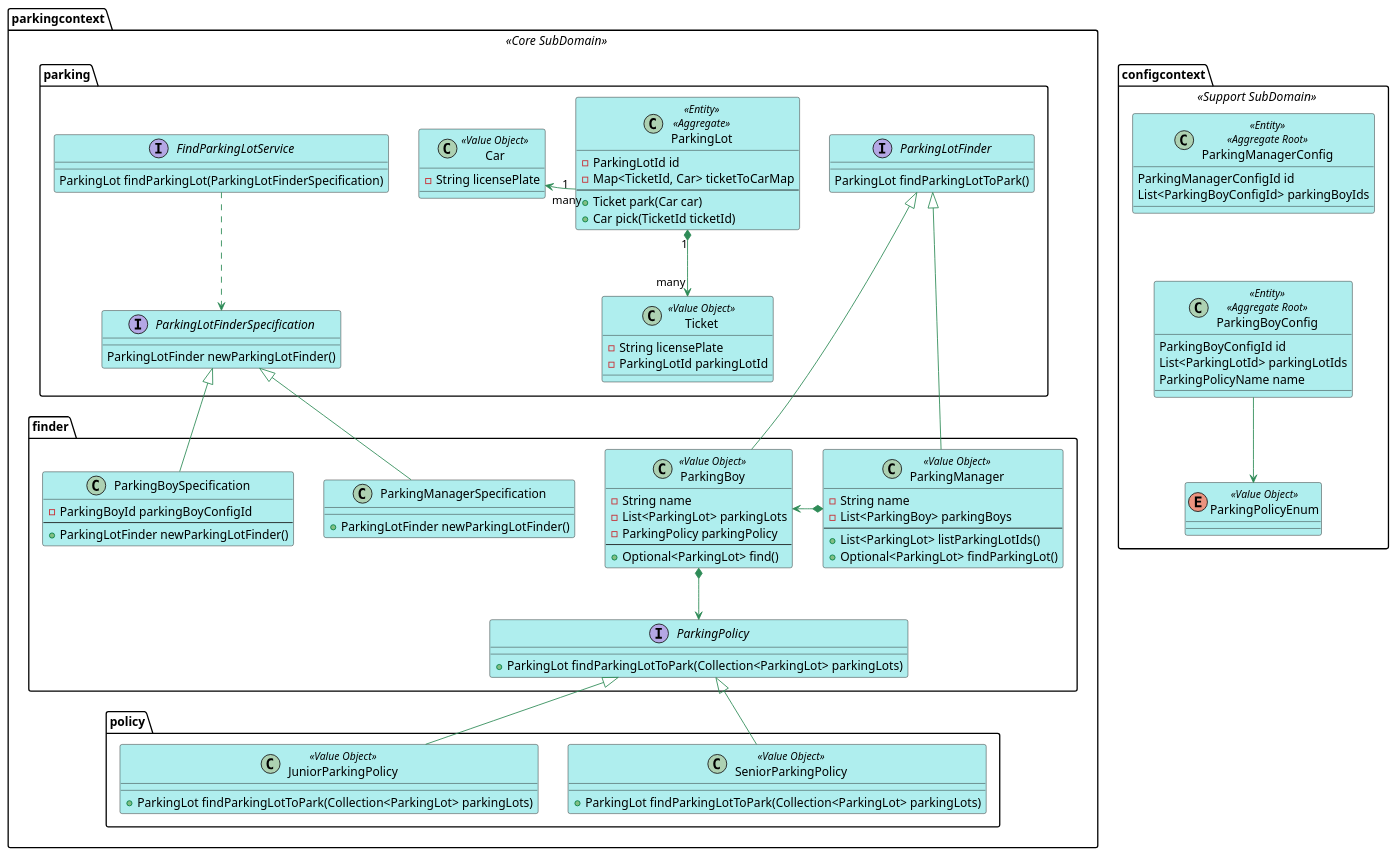
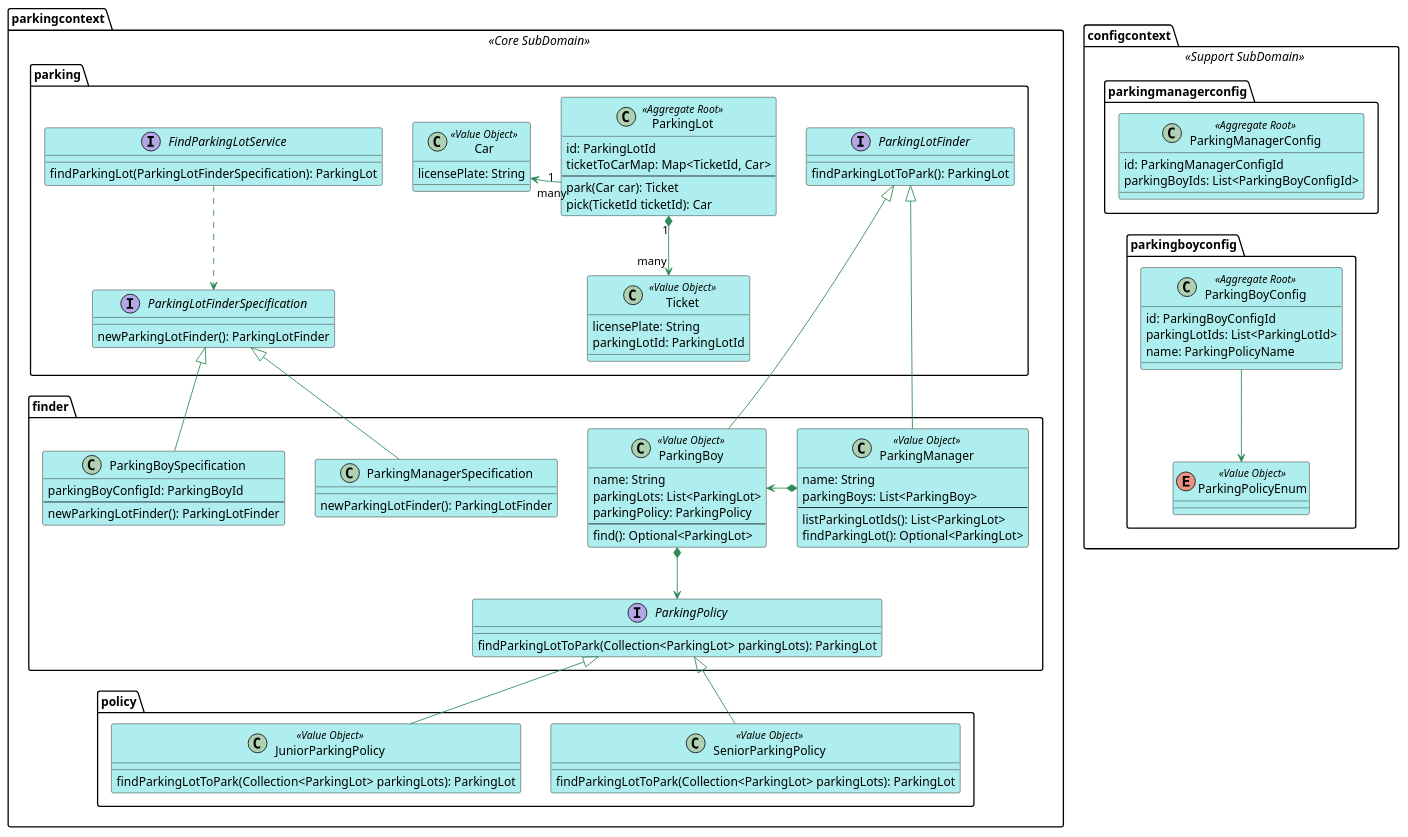
Before and after one commit to gitqh/parking-lot-ddd-workshop: the diagram in graph/domain_model.puml, drawn with PlantUML. The commit also changed 8 other files, not shown here.

```diff
--- a/graph/domain_model.puml
+++ b/graph/domain_model.puml
@@ -1,100 +1,105 @@
 @startuml parkinglot
 skinparam Shadowing false
 skinparam class {
     BackgroundColor PaleTurquoise 
     ArrowColor SeaGreen
 }
 
 package parkingcontext <<Core SubDomain>> {
     package parking {
         interface FindParkingLotService {
-            ParkingLot findParkingLot(ParkingLotFinderSpecification)
+            findParkingLot(ParkingLotFinderSpecification): ParkingLot 
         }
         interface ParkingLotFinderSpecification {
-            ParkingLotFinder newParkingLotFinder()
+            newParkingLotFinder(): ParkingLotFinder 
         }
         interface ParkingLotFinder {
-            ParkingLot findParkingLotToPark()
+            findParkingLotToPark(): ParkingLot 
         }
-        class ParkingLot <<Entity>> <<Aggregate>> {
-            -ParkingLotId id
-            -Map<TicketId, Car> ticketToCarMap
+        class ParkingLot <<Aggregate Root>> {
+            id: ParkingLotId 
+            ticketToCarMap: Map<TicketId, Car> 
             --
-            +Ticket park(Car car)
-            +Car pick(TicketId ticketId)
+            park(Car car): Ticket 
+            pick(TicketId ticketId): Car 
         }
         class Ticket <<Value Object>> {
-            -String licensePlate
-            -ParkingLotId parkingLotId
+            licensePlate: String 
+            parkingLotId: ParkingLotId 
         }
         class Car <<Value Object>> {
-            -String licensePlate
+            licensePlate: String 
         }
         FindParkingLotService .down.> ParkingLotFinderSpecification
         ParkingLot "1" *-down-> "many" Ticket
         ParkingLot "1" -right-> "many" Car
         ParkingLot --left[hidden] Car
     }
 
     package finder {
         class ParkingManagerSpecification {
-            +ParkingLotFinder newParkingLotFinder()
+            newParkingLotFinder(): ParkingLotFinder 
         }
         class ParkingBoySpecification {
-            -ParkingBoyId parkingBoyConfigId
+            parkingBoyConfigId: ParkingBoyId 
             --
-            +ParkingLotFinder newParkingLotFinder()
+            newParkingLotFinder(): ParkingLotFinder 
         }
         class ParkingBoy <<Value Object>> {
-            -String name
-            -List<ParkingLot> parkingLots
-            -ParkingPolicy parkingPolicy
+            name: String 
+            parkingLots: List<ParkingLot> 
+            parkingPolicy: ParkingPolicy 
             --
-            +Optional<ParkingLot> find()
+            find(): Optional<ParkingLot> 
         }
         class ParkingManager <<Value Object>> {
-            -String name
-            -List<ParkingBoy> parkingBoys
+            name: String 
+            parkingBoys: List<ParkingBoy> 
             --
-            +List<ParkingLot> listParkingLotIds()
-            +Optional<ParkingLot> findParkingLot()
+            listParkingLotIds(): List<ParkingLot> 
+            findParkingLot(): Optional<ParkingLot> 
         }
         interface ParkingPolicy {
-            +ParkingLot findParkingLotToPark(Collection<ParkingLot> parkingLots)
+            findParkingLotToPark(Collection<ParkingLot> parkingLots): ParkingLot 
         }
         ParkingManagerSpecification -up-|> ParkingLotFinderSpecification
         ParkingBoySpecification -up-|> ParkingLotFinderSpecification
         ParkingManager -up-|> ParkingLotFinder
         ParkingBoy -up-|> ParkingLotFinder
         ParkingManager *-left-> ParkingBoy
         ParkingBoy *--> ParkingPolicy
     }
 
     package policy {
         class SeniorParkingPolicy <<Value Object>> {
-            +ParkingLot findParkingLotToPark(Collection<ParkingLot> parkingLots)
+            findParkingLotToPark(Collection<ParkingLot> parkingLots): ParkingLot 
         }
         class JuniorParkingPolicy <<Value Object>> {
-            +ParkingLot findParkingLotToPark(Collection<ParkingLot> parkingLots)
+            findParkingLotToPark(Collection<ParkingLot> parkingLots): ParkingLot 
         }
         SeniorParkingPolicy -up-|> ParkingPolicy
         JuniorParkingPolicy -up-|> ParkingPolicy
     }
 }
 
-namespace configcontext <<Support SubDomain>> {
-  class ParkingManagerConfig <<Entity>> <<Aggregate Root>> {
-     ParkingManagerConfigId id
-     List<ParkingBoyConfigId> parkingBoyIds
+package configcontext <<Support SubDomain>> {
+  package parkingmanagerconfig {
+      class ParkingManagerConfig <<Aggregate Root>> {
+          id: ParkingManagerConfigId 
+          parkingBoyIds: List<ParkingBoyConfigId> 
+    }
   }
-  class ParkingBoyConfig <<Entity>> <<Aggregate Root>> {
-    ParkingBoyConfigId id
-    List<ParkingLotId> parkingLotIds
-    ParkingPolicyName name
+  
+  package parkingboyconfig {
+      class ParkingBoyConfig <<Aggregate Root>> {
+            id: ParkingBoyConfigId 
+            parkingLotIds: List<ParkingLotId> 
+            name: ParkingPolicyName 
+      }
+    enum ParkingPolicyEnum <<Value Object>>
+    ParkingBoyConfig --> ParkingPolicyEnum
   }
-  enum ParkingPolicyEnum <<Value Object>>
-  ParkingBoyConfig --> ParkingPolicyEnum
   ParkingManagerConfig --[hidden] ParkingBoyConfig
 }
 
 @enduml
```
